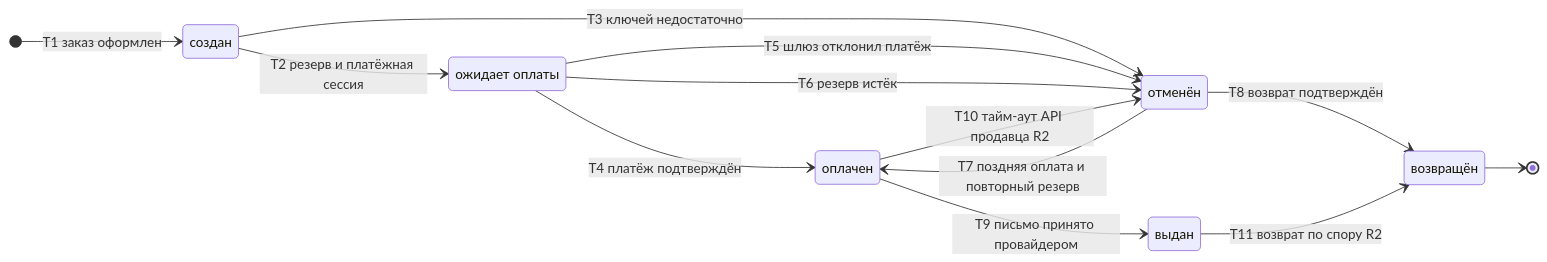
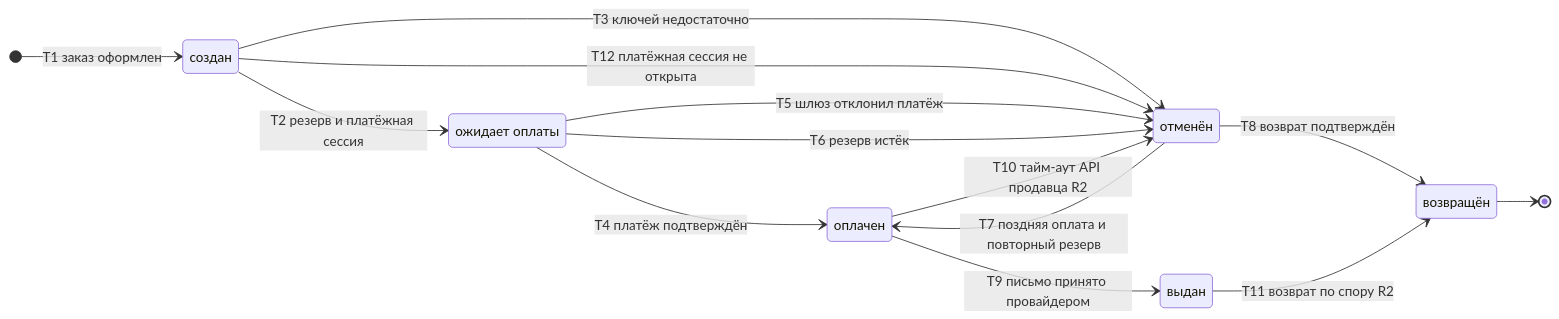
One commit to Lapin143/digital-goods-marketplace changed the diagram in docs/03-processes/SM-01-order.md. Above: the diagram before and after it, drawn with Mermaid. The commit also changed other lines of this file and 4 other files, not shown here.

````diff
--- a/docs/03-processes/SM-01-order.md
+++ b/docs/03-processes/SM-01-order.md
@@ -24,22 +24,23 @@
 ```mermaid
 stateDiagram-v2
     direction LR
     created: создан
     awaiting_payment: ожидает оплаты
     paid: оплачен
     issued: выдан
     cancelled: отменён
     refunded: возвращён
     [*] --> created: T1 заказ оформлен
     created --> awaiting_payment: T2 резерв и платёжная сессия
     created --> cancelled: T3 ключей недостаточно
+    created --> cancelled: T12 платёжная сессия не открыта
     awaiting_payment --> paid: T4 платёж подтверждён
     awaiting_payment --> cancelled: T5 шлюз отклонил платёж
     awaiting_payment --> cancelled: T6 резерв истёк
     cancelled --> paid: T7 поздняя оплата и повторный резерв
     cancelled --> refunded: T8 возврат подтверждён
     paid --> issued: T9 письмо принято провайдером
     paid --> cancelled: T10 тайм-аут API продавца R2
     issued --> refunded: T11 возврат по спору R2
     refunded --> [*]
 ```
````
